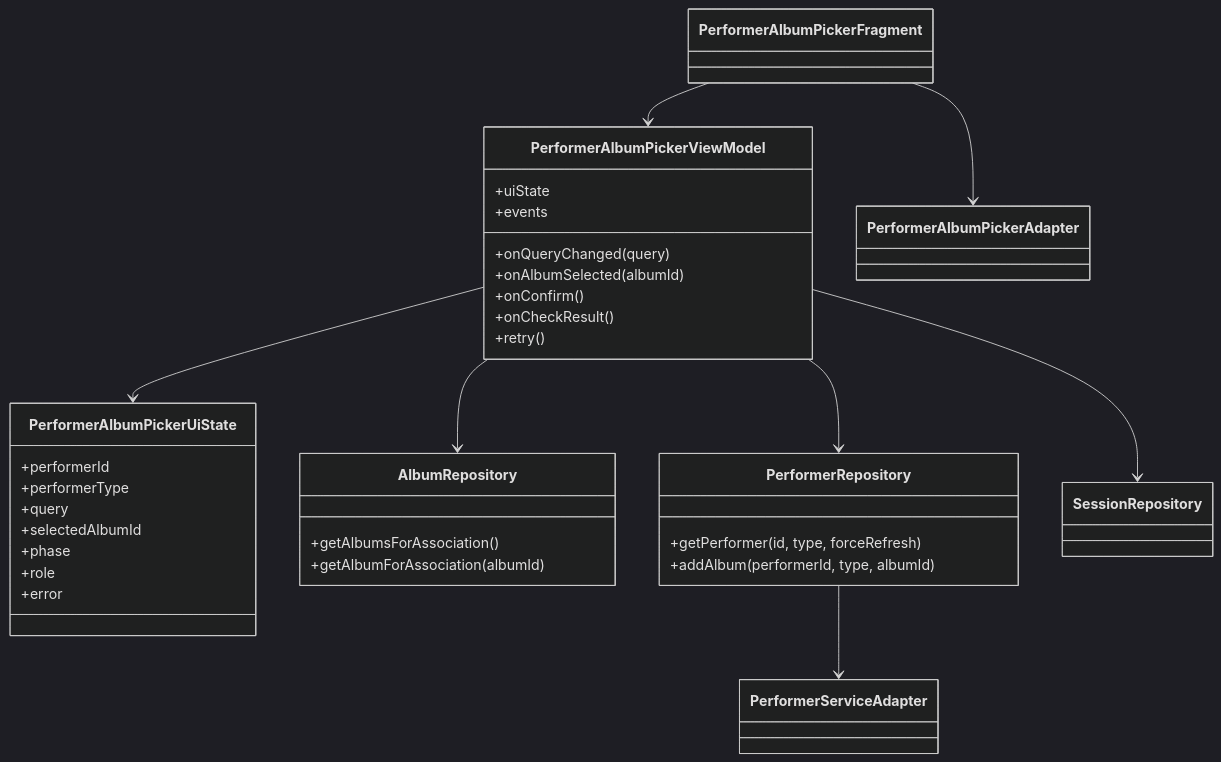
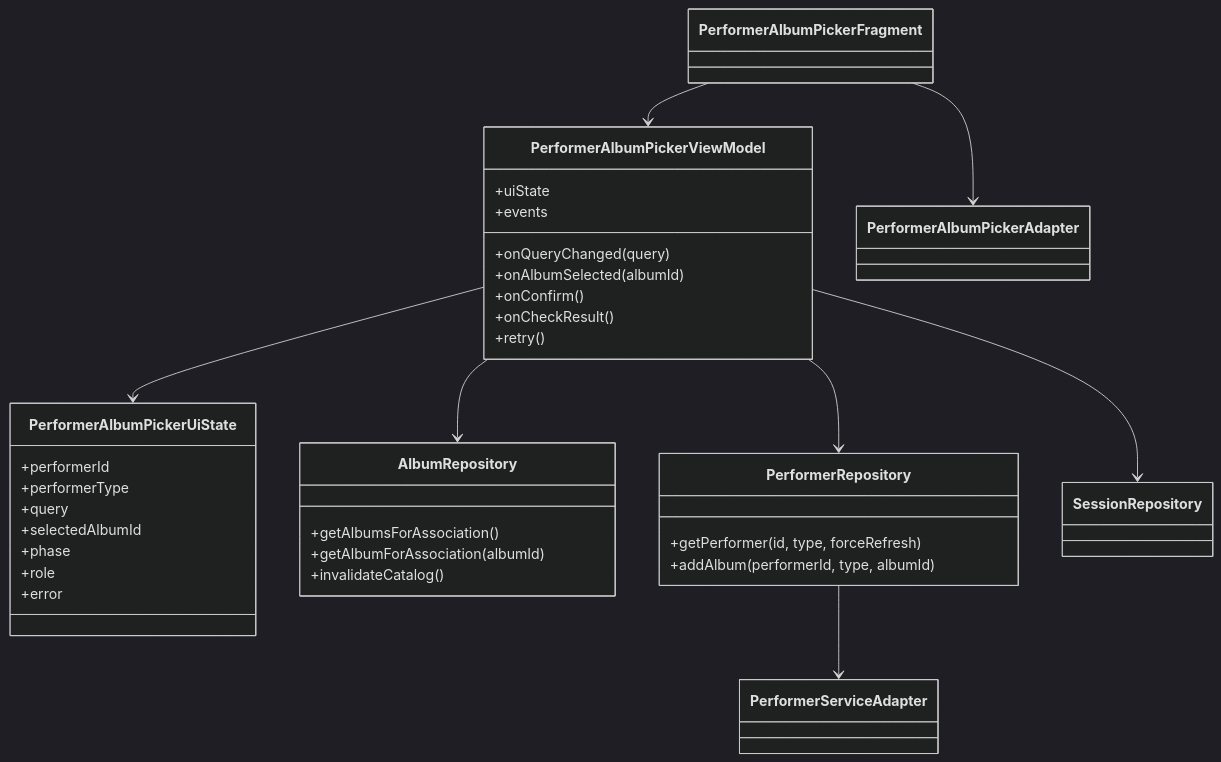
One commit to misw-is-aplicaciones-moviles/MobileVynils changed the second of 4 diagrams in docs/15-hu15-diseno-tecnico.md. Above: the diagram before and after it, drawn with Mermaid (dark theme). The commit also changed other lines of this file and 22 other files, not shown here.

````diff
--- a/docs/15-hu15-diseno-tecnico.md
+++ b/docs/15-hu15-diseno-tecnico.md
@@ -148,40 +148,41 @@
 ```mermaid
 classDiagram
     class PerformerAlbumPickerFragment
     class PerformerAlbumPickerViewModel {
         +uiState
         +events
         +onQueryChanged(query)
         +onAlbumSelected(albumId)
         +onConfirm()
         +onCheckResult()
         +retry()
     }
     class PerformerAlbumPickerUiState {
         +performerId
         +performerType
         +query
         +selectedAlbumId
         +phase
         +role
         +error
     }
     class PerformerAlbumPickerAdapter
     class AlbumRepository {
         +getAlbumsForAssociation()
         +getAlbumForAssociation(albumId)
+        +invalidateCatalog()
     }
     class PerformerRepository {
         +getPerformer(id, type, forceRefresh)
         +addAlbum(performerId, type, albumId)
     }
     class PerformerServiceAdapter
     class SessionRepository
     PerformerAlbumPickerFragment --> PerformerAlbumPickerViewModel
     PerformerAlbumPickerFragment --> PerformerAlbumPickerAdapter
     PerformerAlbumPickerViewModel --> PerformerAlbumPickerUiState
     PerformerAlbumPickerViewModel --> AlbumRepository
     PerformerAlbumPickerViewModel --> PerformerRepository
     PerformerAlbumPickerViewModel --> SessionRepository
     PerformerRepository --> PerformerServiceAdapter
 ```
````
